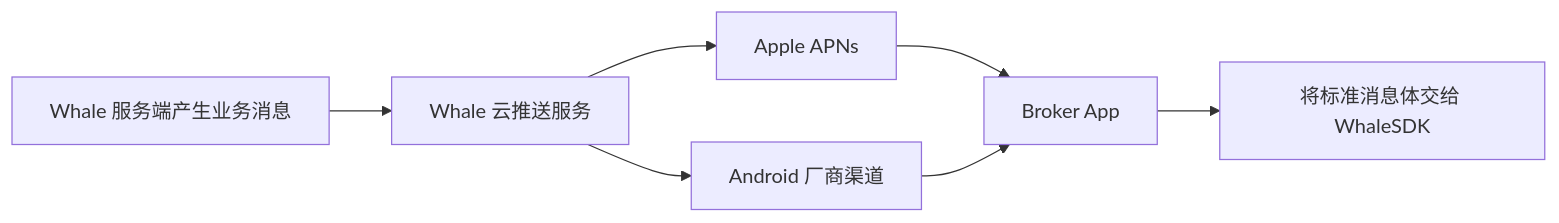
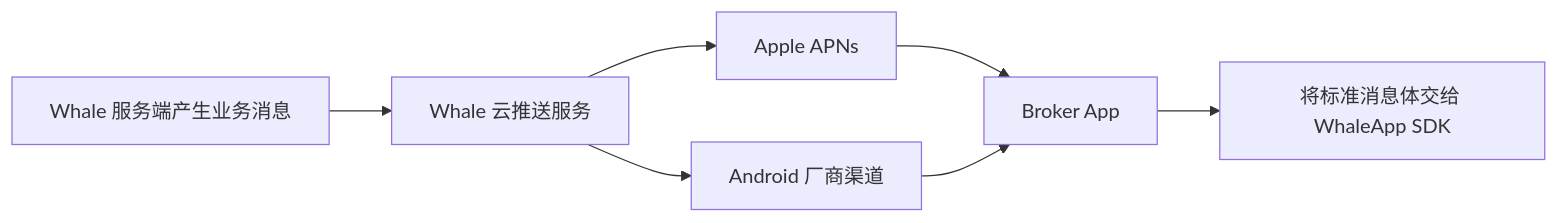
The first of 2 diagrams in cn/docs/message-push.mdx (longbridge/whale-docs), drawn with Mermaid before and after one commit. The commit also changed other lines of this file and 50 other files, not shown here.

Commit message:
docs: define Whale SDK product hierarchy

````diff
--- a/cn/docs/message-push.mdx
+++ b/cn/docs/message-push.mdx
@@ -33,9 +33,9 @@
 ```mermaid
 flowchart LR
     A[Whale 服务端产生业务消息] --> B[Whale 云推送服务]
     B --> C[Apple APNs]
     B --> D[Android 厂商渠道]
     C --> E[Broker App]
     D --> E
-    E --> F[将标准消息体交给 WhaleSDK]
+    E --> F[将标准消息体交给 WhaleApp SDK]
 ```
````
